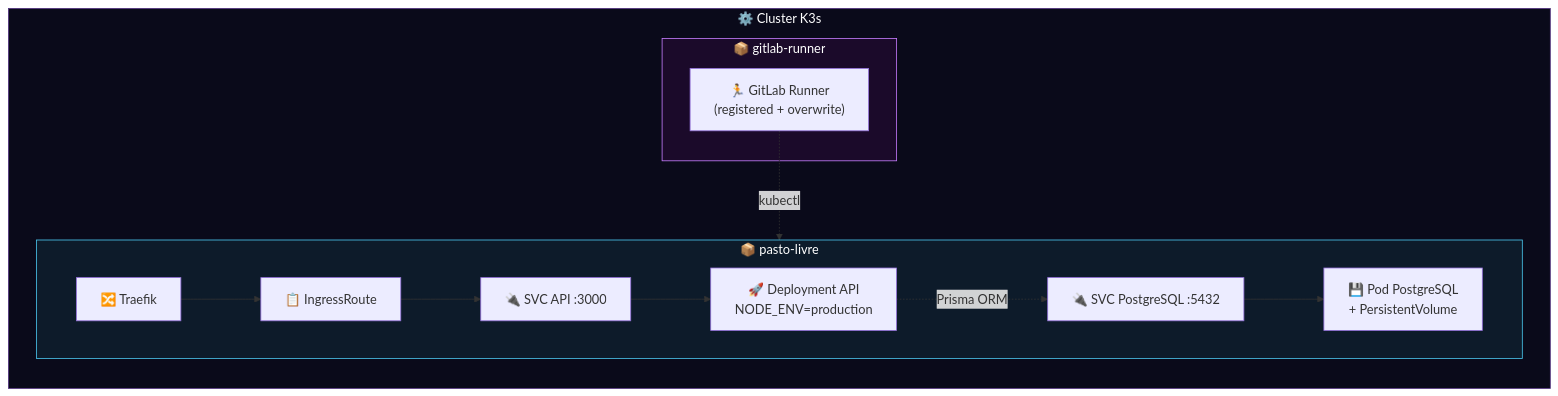
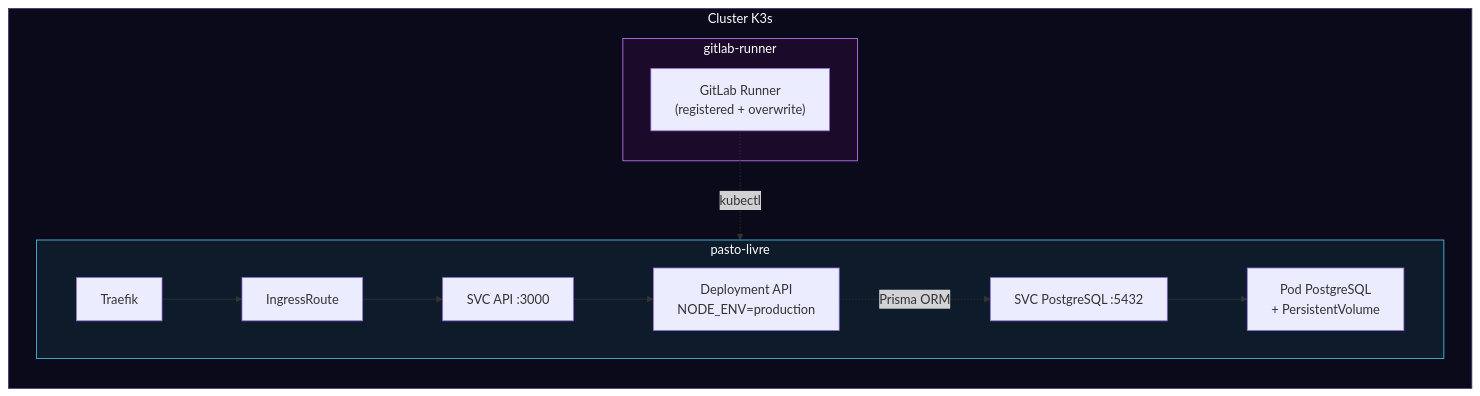
The fourth of 4 diagrams in deployment/infrastructure_diagram.md (EduardoTartas/gerenciamento-rural-api), drawn with Mermaid before and after one commit. The commit also changed other lines of this file and 3 other files, not shown here.

````diff
--- a/deployment/infrastructure_diagram.md
+++ b/deployment/infrastructure_diagram.md
@@ -155,22 +155,22 @@
 ```mermaid
 graph LR
-    subgraph K3S["⚙️ Cluster K3s"]
+    subgraph K3S["Cluster K3s"]
         direction TB
-        subgraph NS1["📦 pasto-livre"]
+        subgraph NS1["pasto-livre"]
             direction LR
-            A["🔀 Traefik"] --> B["📋 IngressRoute"]
-            B --> C["🔌 SVC API :3000"]
-            C --> D["🚀 Deployment API<br/>NODE_ENV=production"]
-            E["🔌 SVC PostgreSQL :5432"] --> F["💾 Pod PostgreSQL<br/>+ PersistentVolume"]
+            A["Traefik"] --> B["IngressRoute"]
+            B --> C["SVC API :3000"]
+            C --> D["Deployment API<br/>NODE_ENV=production"]
+            E["SVC PostgreSQL :5432"] --> F["Pod PostgreSQL<br/>+ PersistentVolume"]
             D -.->|"Prisma ORM"| E
         end
-        subgraph NS2["📦 gitlab-runner"]
-            G["🏃 GitLab Runner<br/>(registered + overwrite)"]
+        subgraph NS2["gitlab-runner"]
+            G["GitLab Runner<br/>(registered + overwrite)"]
         end
         G -.->|"kubectl"| D
     end
 
     style NS1 fill:#0d1b2a,stroke:#4cc9f0,color:#fff
     style NS2 fill:#1b0a2a,stroke:#c77dff,color:#fff
     style K3S fill:#0a0a1a,stroke:#533483,color:#fff
 ```
````
